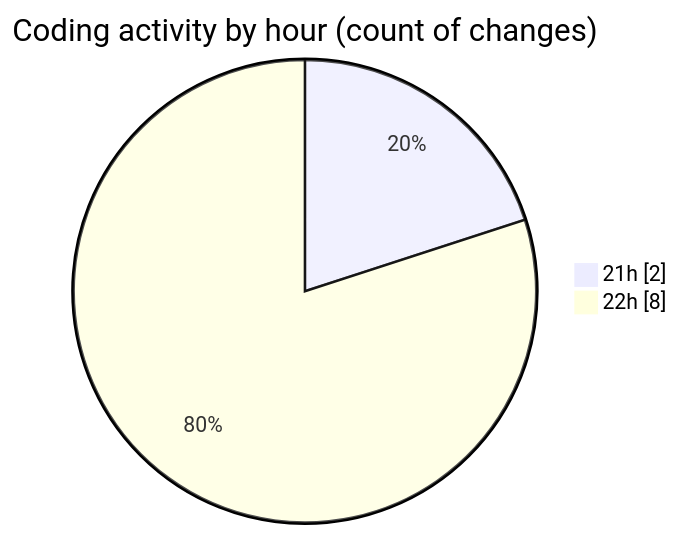
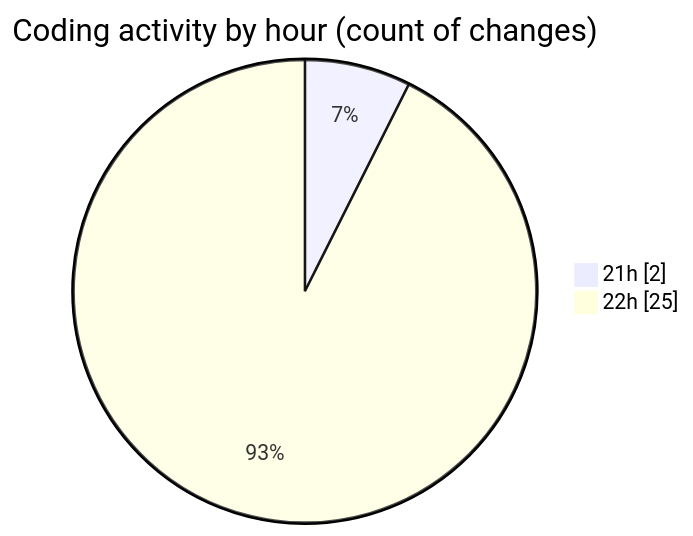
One commit to lephambinh05/code-tracking changed the second of 2 diagrams in 2025-07-13/lab8/README.md. Above: the diagram before and after it, drawn with Mermaid. The commit also changed other lines of this file and 1 other file, not shown here.

````diff
--- a/2025-07-13/lab8/README.md
+++ b/2025-07-13/lab8/README.md
@@ -30,6 +30,6 @@
 ```mermaid
 pie showData
 title Coding activity by hour (count of changes)
 "21h" : 2
-"22h" : 8
+"22h" : 25
 ```
````
